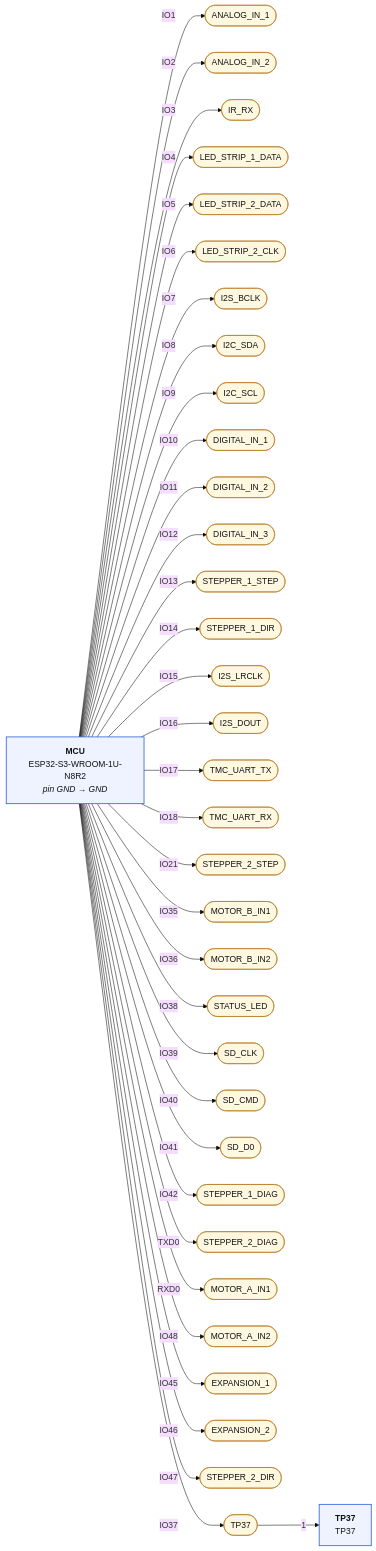
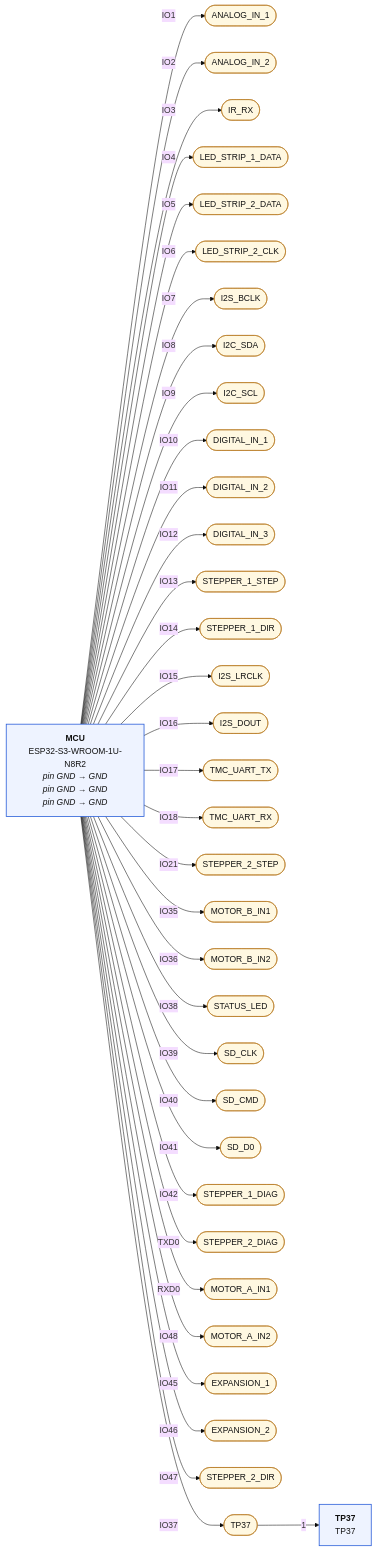
One commit to mrwillson2u/propmesh changed the third of 3 diagrams in hardware/pro/sheets/02-mcu-usb.diagram.md. Above: the diagram before and after it, drawn with Mermaid (base theme). The commit also changed other lines of this file and 27 other files, not shown here.

````diff
--- a/hardware/pro/sheets/02-mcu-usb.diagram.md
+++ b/hardware/pro/sheets/02-mcu-usb.diagram.md
@@ -104,79 +104,79 @@
 ```mermaid
 graph LR
   classDef part fill:#eef3ff,stroke:#2b5fd9,stroke-width:1.5px,color:#111
   classDef net fill:#fff8e1,stroke:#b7791f,color:#111
   classDef rail fill:#ffe0b2,stroke:#e65100,stroke-width:3px,color:#111,font-weight:bold
   classDef badnet fill:#ffe0e0,stroke:#c00,stroke-width:3px,color:#111,font-weight:bold
   classDef absent fill:#fff,stroke:#c00,stroke-width:2px,stroke-dasharray:6 4,color:#c00
   classDef extra fill:#ffecec,stroke:#c00,stroke-width:2px,color:#111
   classDef dnp fill:#f5f5f5,stroke:#999,stroke-dasharray:3 3,color:#666
   N_ANALOG_IN_1(["ANALOG_IN_1"]):::net
-  P_MCU["<b>MCU</b><br/>ESP32-S3-WROOM-1U-N8R2<br/><i>pin GND → GND</i>"]:::part
+  P_MCU["<b>MCU</b><br/>ESP32-S3-WROOM-1U-N8R2<br/><i>pin GND → GND</i><br/><i>pin GND → GND</i><br/><i>pin GND → GND</i>"]:::part
   P_MCU --"IO1"--> N_ANALOG_IN_1
   N_ANALOG_IN_2(["ANALOG_IN_2"]):::net
   P_MCU --"IO2"--> N_ANALOG_IN_2
   N_IR_RX(["IR_RX"]):::net
   P_MCU --"IO3"--> N_IR_RX
   N_LED_STRIP_1_DATA(["LED_STRIP_1_DATA"]):::net
   P_MCU --"IO4"--> N_LED_STRIP_1_DATA
   N_LED_STRIP_2_DATA(["LED_STRIP_2_DATA"]):::net
   P_MCU --"IO5"--> N_LED_STRIP_2_DATA
   N_LED_STRIP_2_CLK(["LED_STRIP_2_CLK"]):::net
   P_MCU --"IO6"--> N_LED_STRIP_2_CLK
   N_I2S_BCLK(["I2S_BCLK"]):::net
   P_MCU --"IO7"--> N_I2S_BCLK
   N_I2C_SDA(["I2C_SDA"]):::net
   P_MCU --"IO8"--> N_I2C_SDA
   N_I2C_SCL(["I2C_SCL"]):::net
   P_MCU --"IO9"--> N_I2C_SCL
   N_DIGITAL_IN_1(["DIGITAL_IN_1"]):::net
   P_MCU --"IO10"--> N_DIGITAL_IN_1
   N_DIGITAL_IN_2(["DIGITAL_IN_2"]):::net
   P_MCU --"IO11"--> N_DIGITAL_IN_2
   N_DIGITAL_IN_3(["DIGITAL_IN_3"]):::net
   P_MCU --"IO12"--> N_DIGITAL_IN_3
   N_STEPPER_1_STEP(["STEPPER_1_STEP"]):::net
   P_MCU --"IO13"--> N_STEPPER_1_STEP
   N_STEPPER_1_DIR(["STEPPER_1_DIR"]):::net
   P_MCU --"IO14"--> N_STEPPER_1_DIR
   N_I2S_LRCLK(["I2S_LRCLK"]):::net
   P_MCU --"IO15"--> N_I2S_LRCLK
   N_I2S_DOUT(["I2S_DOUT"]):::net
   P_MCU --"IO16"--> N_I2S_DOUT
   N_TMC_UART_TX(["TMC_UART_TX"]):::net
   P_MCU --"IO17"--> N_TMC_UART_TX
   N_TMC_UART_RX(["TMC_UART_RX"]):::net
   P_MCU --"IO18"--> N_TMC_UART_RX
   N_STEPPER_2_STEP(["STEPPER_2_STEP"]):::net
   P_MCU --"IO21"--> N_STEPPER_2_STEP
   N_MOTOR_B_IN1(["MOTOR_B_IN1"]):::net
   P_MCU --"IO35"--> N_MOTOR_B_IN1
   N_MOTOR_B_IN2(["MOTOR_B_IN2"]):::net
   P_MCU --"IO36"--> N_MOTOR_B_IN2
   N_STATUS_LED(["STATUS_LED"]):::net
   P_MCU --"IO38"--> N_STATUS_LED
   N_SD_CLK(["SD_CLK"]):::net
   P_MCU --"IO39"--> N_SD_CLK
   N_SD_CMD(["SD_CMD"]):::net
   P_MCU --"IO40"--> N_SD_CMD
   N_SD_D0(["SD_D0"]):::net
   P_MCU --"IO41"--> N_SD_D0
   N_STEPPER_1_DIAG(["STEPPER_1_DIAG"]):::net
   P_MCU --"IO42"--> N_STEPPER_1_DIAG
   N_STEPPER_2_DIAG(["STEPPER_2_DIAG"]):::net
   P_MCU --"TXD0"--> N_STEPPER_2_DIAG
   N_MOTOR_A_IN1(["MOTOR_A_IN1"]):::net
   P_MCU --"RXD0"--> N_MOTOR_A_IN1
   N_MOTOR_A_IN2(["MOTOR_A_IN2"]):::net
   P_MCU --"IO48"--> N_MOTOR_A_IN2
   N_EXPANSION_1(["EXPANSION_1"]):::net
   P_MCU --"IO45"--> N_EXPANSION_1
   N_EXPANSION_2(["EXPANSION_2"]):::net
   P_MCU --"IO46"--> N_EXPANSION_2
   N_STEPPER_2_DIR(["STEPPER_2_DIR"]):::net
   P_MCU --"IO47"--> N_STEPPER_2_DIR
   N_TP37(["TP37"]):::net
   P_MCU --"IO37"--> N_TP37
   P_TP37["<b>TP37</b><br/>TP37"]:::part
   N_TP37 --"1"--> P_TP37
 ```
````
